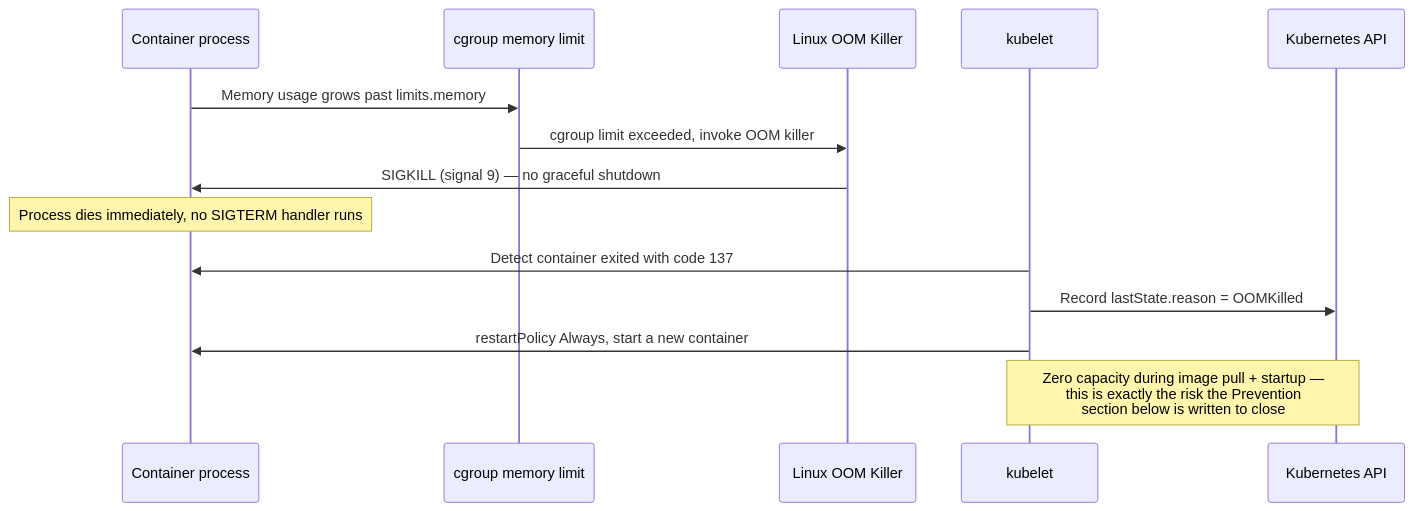
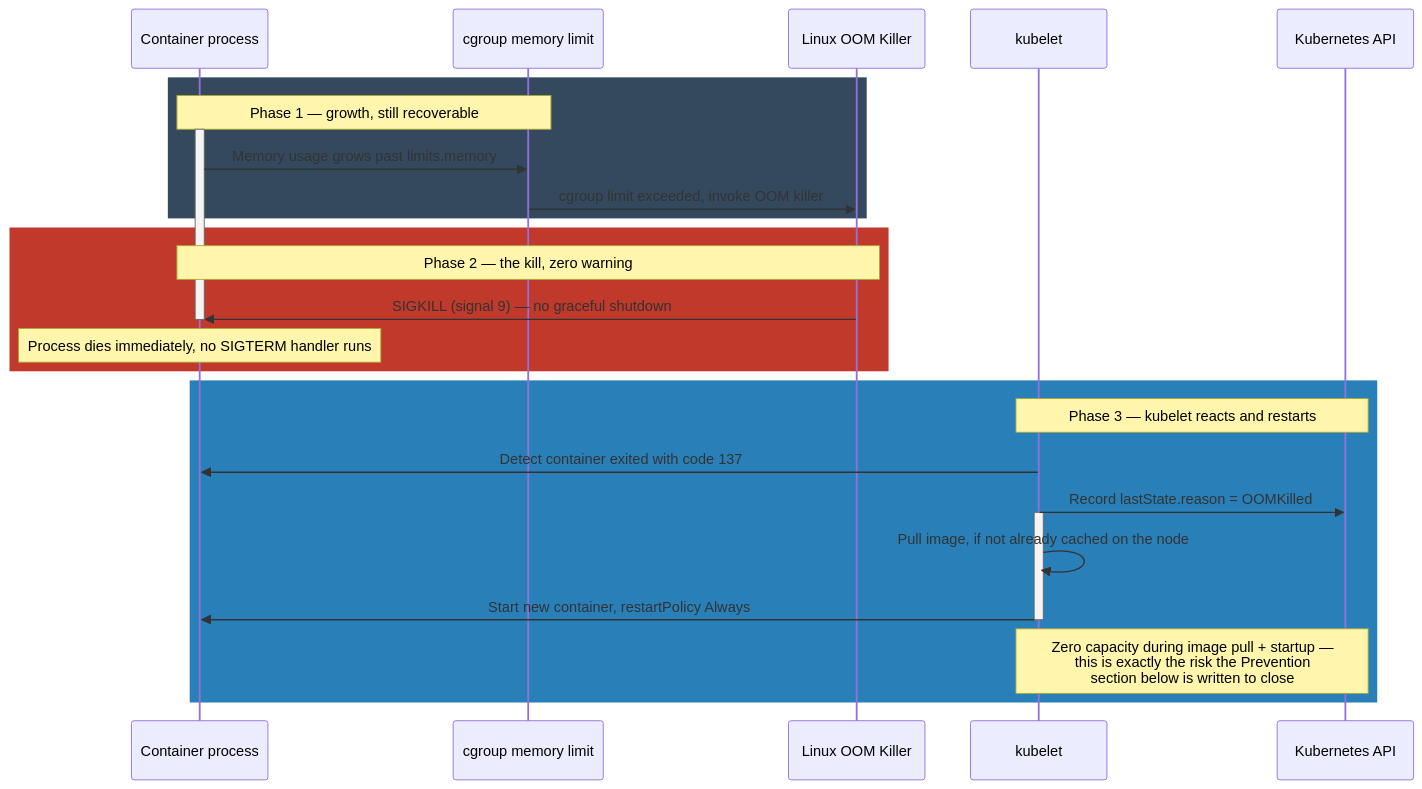
The second of 4 diagrams in sre/k8s-debugging.md (deepanshu-rawat6/DevOpsIndex), drawn with Mermaid before and after one commit. The commit also changed other lines of this file and 7 other files, not shown here.

````diff
--- a/sre/k8s-debugging.md
+++ b/sre/k8s-debugging.md
@@ -353,17 +390,33 @@
 ```mermaid
 sequenceDiagram
     participant APP as Container process
     participant CG as cgroup memory limit
     participant KERNEL as Linux OOM Killer
     participant KUBELET as kubelet
     participant API as Kubernetes API
 
+    rect rgb(52, 73, 94)
+    Note over APP,CG: Phase 1 — growth, still recoverable
+    activate APP
     APP->>CG: Memory usage grows past limits.memory
     CG->>KERNEL: cgroup limit exceeded, invoke OOM killer
+    end
+
+    rect rgb(192, 57, 43)
+    Note over KERNEL,APP: Phase 2 — the kill, zero warning
     KERNEL->>APP: SIGKILL (signal 9) — no graceful shutdown
+    deactivate APP
     Note over APP: Process dies immediately, no SIGTERM handler runs
+    end
+
+    rect rgb(41, 128, 185)
+    Note over KUBELET,API: Phase 3 — kubelet reacts and restarts
     KUBELET->>APP: Detect container exited with code 137
     KUBELET->>API: Record lastState.reason = OOMKilled
-    KUBELET->>APP: restartPolicy Always, start a new container
+    activate KUBELET
+    KUBELET->>KUBELET: Pull image, if not already cached on the node
+    KUBELET->>APP: Start new container, restartPolicy Always
+    deactivate KUBELET
     Note over KUBELET,API: Zero capacity during image pull + startup —<br/>this is exactly the risk the Prevention<br/>section below is written to close
+    end
 ```
````
